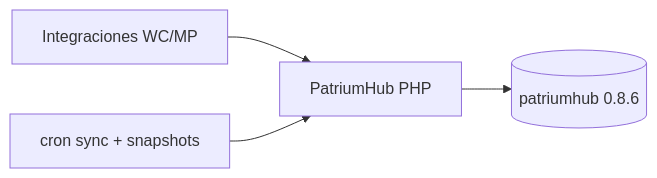
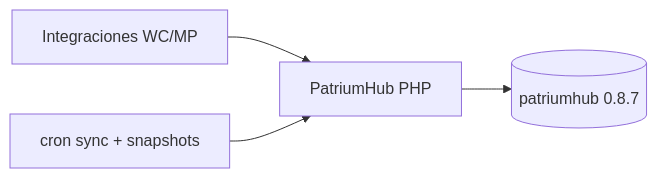
One commit to PatriumHub/Arquitectura changed the diagram in 08-estado-actual-vs-objetivo.md. Above: the diagram before and after it, drawn with Mermaid. The commit also changed other lines of this file and 8 other files, not shown here.

````diff
--- a/08-estado-actual-vs-objetivo.md
+++ b/08-estado-actual-vs-objetivo.md
@@ -23,10 +23,10 @@
 ```mermaid
 flowchart LR
   App[PatriumHub PHP]
-  DB[(patriumhub 0.8.6)]
+  DB[(patriumhub 0.8.7)]
   UIInt[Integraciones WC/MP]
   Cron[cron sync + snapshots]
   App --> DB
   UIInt --> App
   Cron --> App
 ```
````
